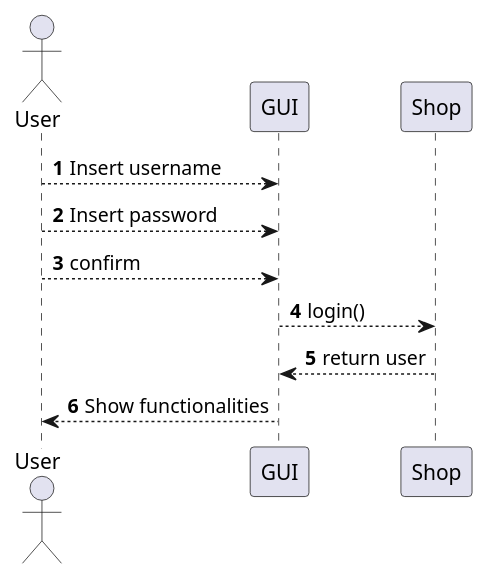
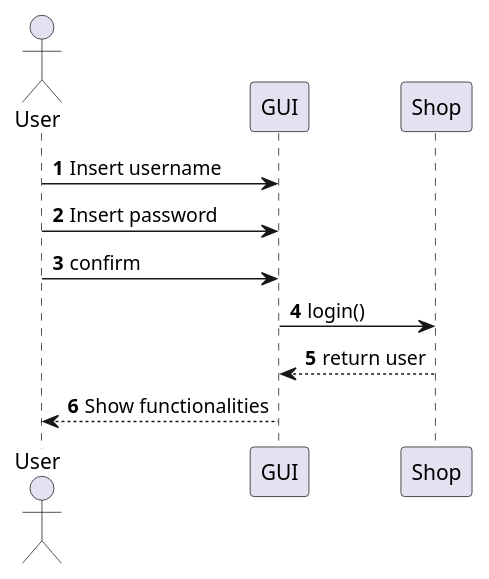
Diagram 14 of 23 in Deliverables/DesignDocument.md (Stormz4/group20-EzShop), drawn with PlantUML before and after one commit. The commit also changed other lines of this file, not shown here.

````diff
--- a/Deliverables/DesignDocument.md
+++ b/Deliverables/DesignDocument.md
@@ -499,12 +501,12 @@
 ```plantuml
 @startuml
 Actor User
 autonumber
-User --> GUI : Insert username
-User --> GUI : Insert password
-User --> GUI : confirm
-GUI --> Shop: login()
+User -> GUI : Insert username
+User -> GUI : Insert password
+User -> GUI : confirm
+GUI -> Shop: login()
 Shop --> GUI : return user
 GUI --> User: Show functionalities
 @enduml
 ```
````
